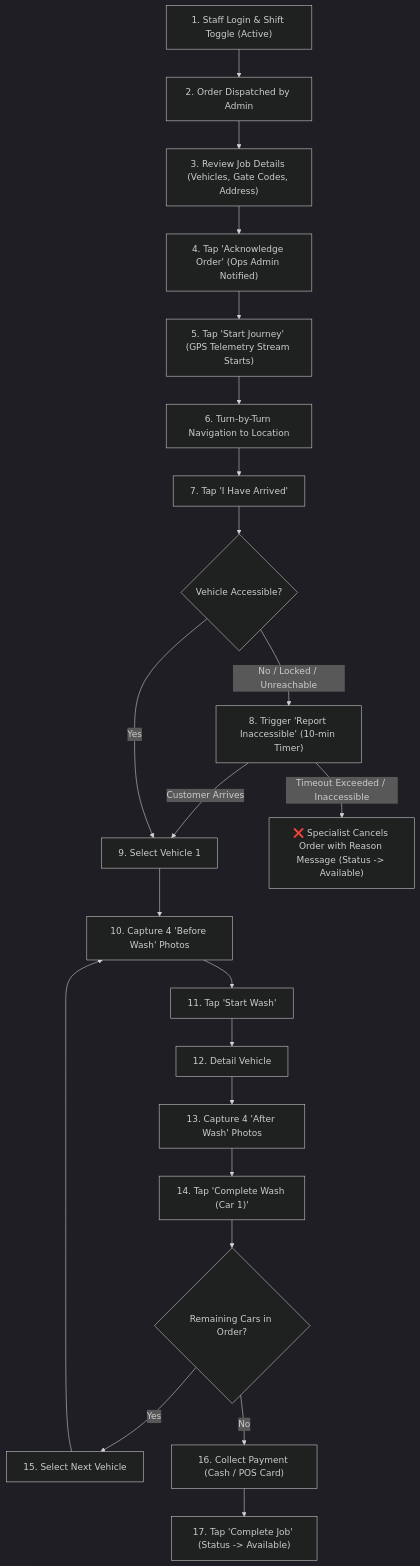
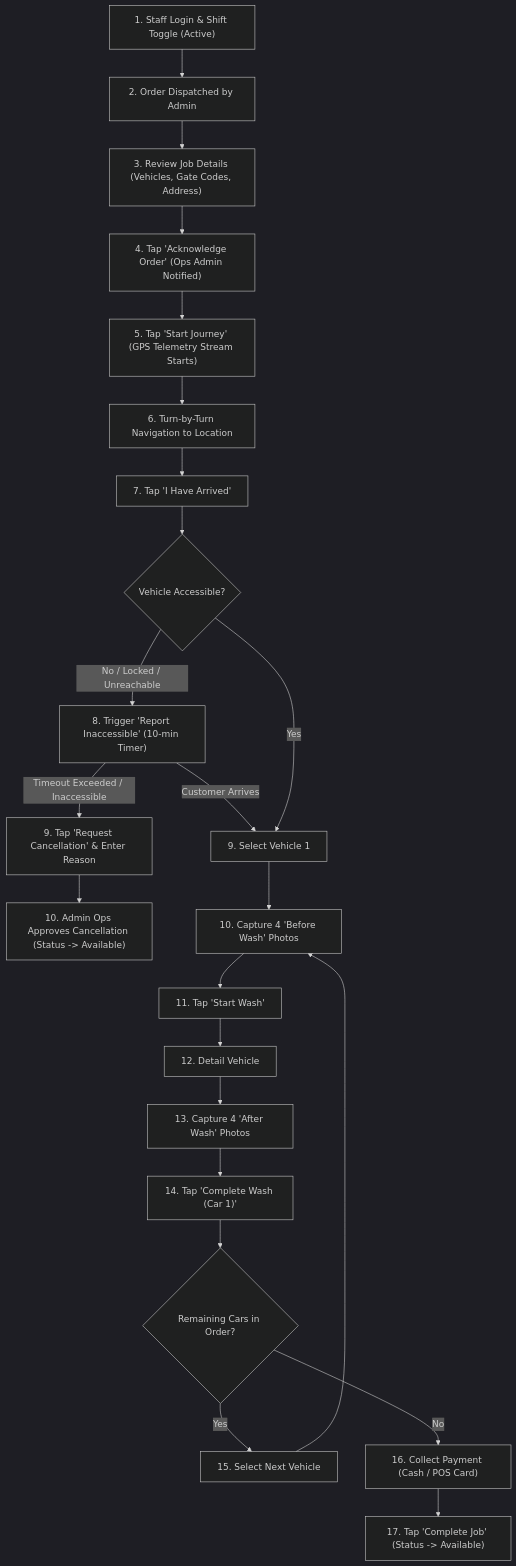
Before and after one commit to fsdevriver/800-doc: the diagram in docs/flows/specialist-flow.md, drawn with Mermaid (dark theme). The commit also changed 6 other files, not shown here.

Commit message:
feat: implement Admin cancellation approval workflow for on-site specialist requests

````diff
--- a/docs/flows/specialist-flow.md
+++ b/docs/flows/specialist-flow.md
@@ -9,29 +9,30 @@
 ```mermaid
 graph TD
     A["1. Staff Login & Shift Toggle (Active)"] --> B["2. Order Dispatched by Admin"]
     B --> C["3. Review Job Details (Vehicles, Gate Codes, Address)"]
     C --> D["4. Tap 'Acknowledge Order' (Ops Admin Notified)"]
     D --> E["5. Tap 'Start Journey' (GPS Telemetry Stream Starts)"]
     
     E --> F["6. Turn-by-Turn Navigation to Location"]
     F --> G["7. Tap 'I Have Arrived'"]
     
     G --> H{"Vehicle Accessible?"}
     H -->|No / Locked / Unreachable| I["8. Trigger 'Report Inaccessible' (10-min Timer)"]
     I -->|Customer Arrives| J["9. Select Vehicle 1"]
-    I -->|Timeout Exceeded / Inaccessible| K["❌ Specialist Cancels Order with Reason Message (Status -> Available)"]
+    I -->|Timeout Exceeded / Inaccessible| K["9. Tap 'Request Cancellation' & Enter Reason"]
+    K --> K2["10. Admin Ops Approves Cancellation (Status -> Available)"]
     
     H -->|Yes| J
     J --> L["10. Capture 4 'Before Wash' Photos"]
     L --> M["11. Tap 'Start Wash'"]
     M --> N["12. Detail Vehicle"]
     N --> O["13. Capture 4 'After Wash' Photos"]
     O --> P["14. Tap 'Complete Wash (Car 1)'"]
     
     P --> Q{"Remaining Cars in Order?"}
     Q -->|Yes| R["15. Select Next Vehicle"]
     R --> L
     
     Q -->|No| S["16. Collect Payment (Cash / POS Card)"]
     S --> T["17. Tap 'Complete Job' (Status -> Available)"]
 ```
````
